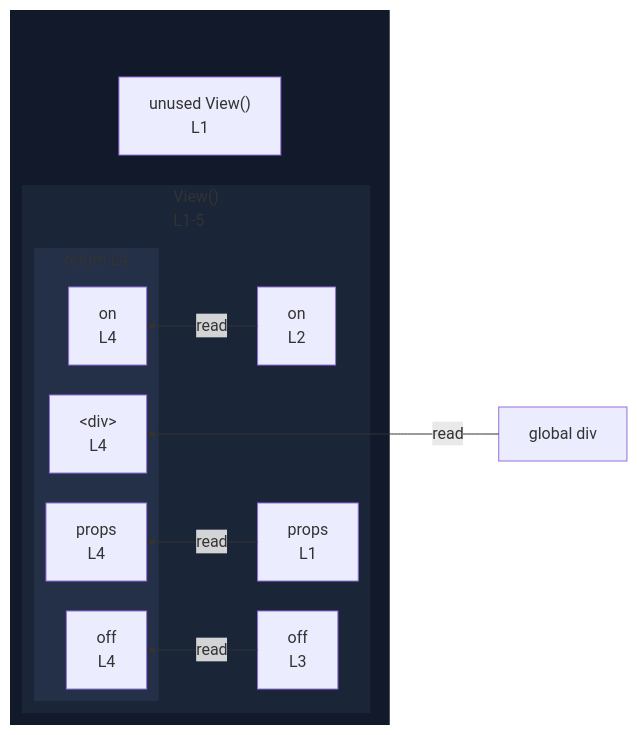
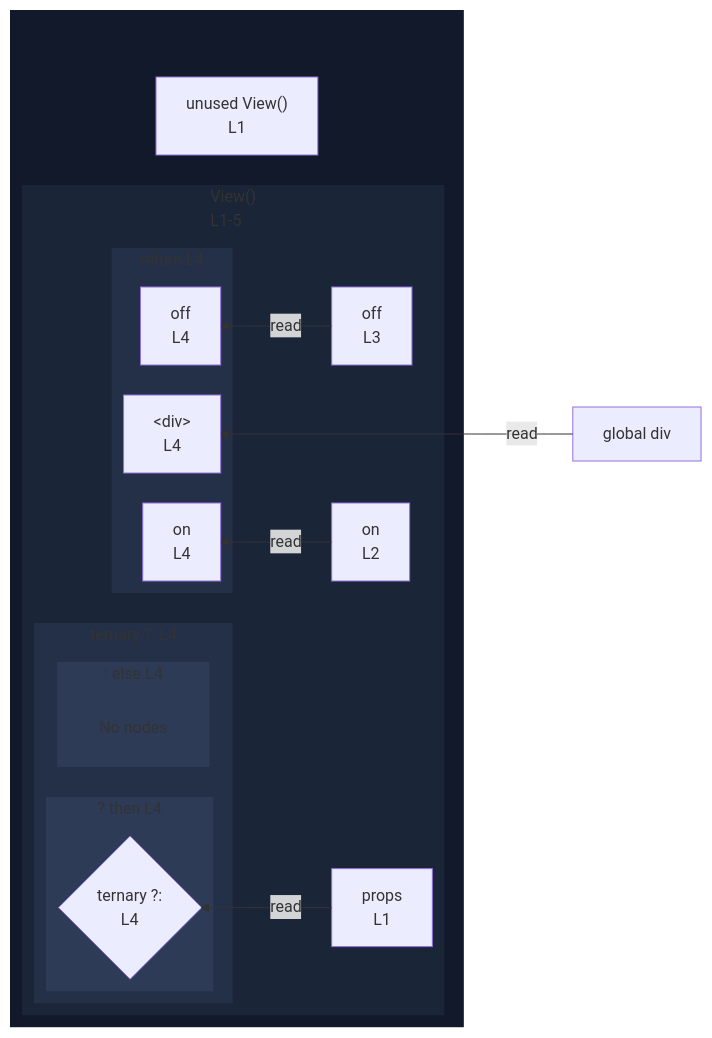
Before and after one commit to crescware/unsnarl: the diagram in integration/fixtures/jsx/conditional-child/preview.md, drawn with Mermaid. The commit also changed 163 other files, not shown here.

````diff
--- a/integration/fixtures/jsx/conditional-child/preview.md
+++ b/integration/fixtures/jsx/conditional-child/preview.md
@@ -15,32 +15,48 @@
 ```mermaid
 %%{init: {"flowchart": {"defaultRenderer": "elk"}}}%%
 flowchart RL
   n_scope_0_div_102["global div"]
   subgraph wrap_s_scope_1[" "]
     direction TB
     n_scope_0_View_16["unused View()<br/>L1"]
     subgraph s_scope_1["View()<br/>L1-5"]
       direction RL
       n_scope_1_props_21["props<br/>L1"]
       n_scope_1_on_60["on<br/>L2"]
       n_scope_1_off_79["off<br/>L3"]
+      subgraph cont_ternary_scope_1_107["ternary ?: L4"]
+        direction RL
+        subgraph s_scope_2["? then L4"]
+          direction RL
+          ternary_test_scope_1_107{"ternary ?:<br/>L4"}
+        end
+        subgraph s_scope_3[": else L4"]
+          direction RL
+          elk_empty_s_scope_3["No nodes"]
+        end
+      end
       subgraph s_return_scope_0_View_16_94_139["return L4"]
         direction RL
         ret_use_ref_2["&lt;div&gt;<br/>L4"]
-        ret_use_ref_3["props<br/>L4"]
         ret_use_ref_4["on<br/>L4"]
         ret_use_ref_5["off<br/>L4"]
       end
     end
   end
   n_scope_0_div_102 -->|read| ret_use_ref_2
-  n_scope_1_props_21 -->|read| ret_use_ref_3
+  n_scope_1_props_21 -->|read| ternary_test_scope_1_107
   n_scope_1_on_60 -->|read| ret_use_ref_4
   n_scope_1_off_79 -->|read| ret_use_ref_5
   classDef nestL1 fill:#11192a,stroke:transparent;
   class wrap_s_scope_1 nestL1;
   classDef nestL2 fill:#1a2538,stroke:transparent;
   class s_scope_1 nestL2;
   classDef nestL3 fill:#243047,stroke:transparent;
+  class cont_ternary_scope_1_107 nestL3;
   class s_return_scope_0_View_16_94_139 nestL3;
+  classDef nestL4 fill:#2d3b57,stroke:transparent;
+  class s_scope_2 nestL4;
+  class s_scope_3 nestL4;
+  classDef elkEmptyPlaceholder fill:transparent,stroke:transparent;
+  class elk_empty_s_scope_3 elkEmptyPlaceholder;
 ```
````
